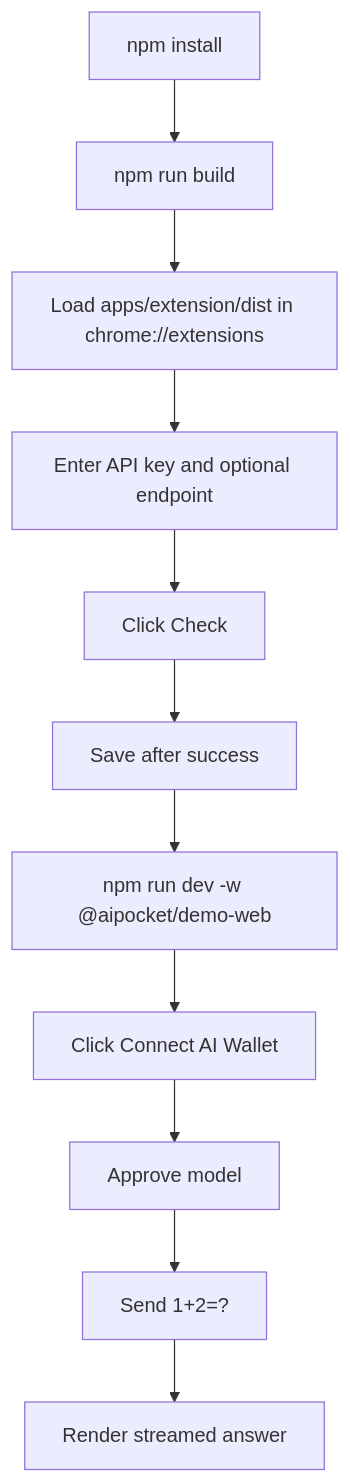
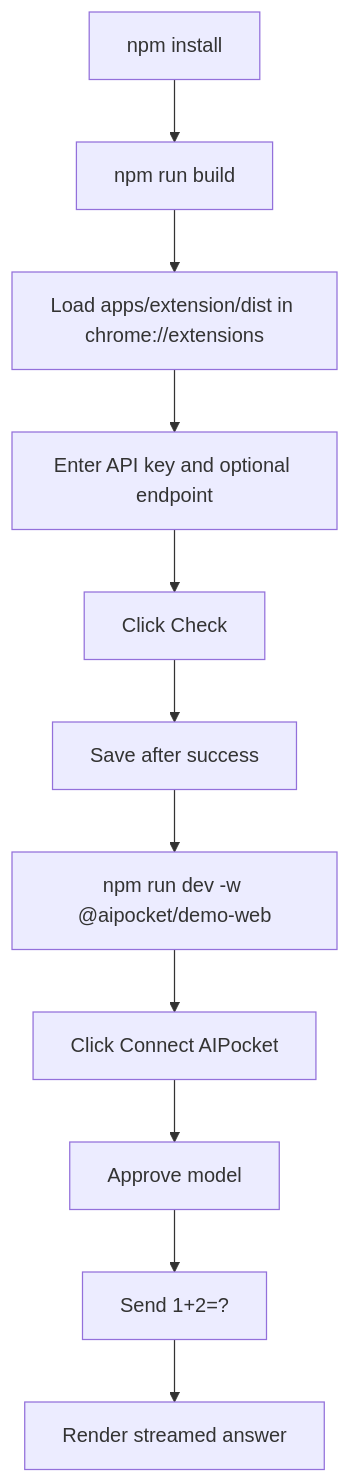
Before and after one commit to SFzxc/aipocket: the sixth of 6 diagrams in docs/diagrams/mvp-flows.md, drawn with Mermaid. The commit also changed 15 other files, not shown here.

Commit message:
chore: update AIPocket demo release docs

````diff
--- a/docs/diagrams/mvp-flows.md
+++ b/docs/diagrams/mvp-flows.md
@@ -114,13 +114,13 @@
 ```mermaid
 flowchart TD
   InstallDeps[npm install] --> Build[npm run build]
   Build --> Load[Load apps/extension/dist in chrome://extensions]
   Load --> Configure[Enter API key and optional endpoint]
   Configure --> Check[Click Check]
   Check --> Save[Save after success]
   Save --> RunDemo[npm run dev -w @aipocket/demo-web]
-  RunDemo --> Connect[Click Connect AI Wallet]
+  RunDemo --> Connect[Click Connect AIPocket]
   Connect --> Approve[Approve model]
   Approve --> Send[Send 1+2=?]
   Send --> Stream[Render streamed answer]
 ```
````
